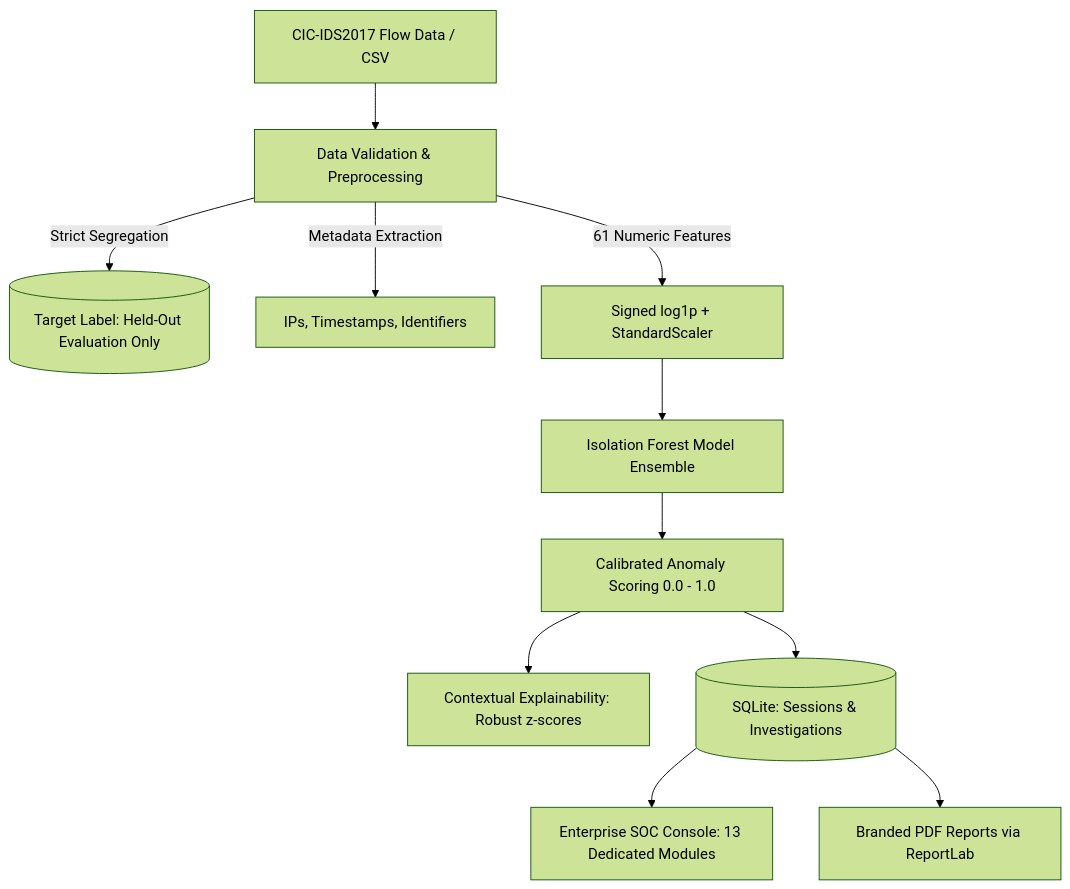
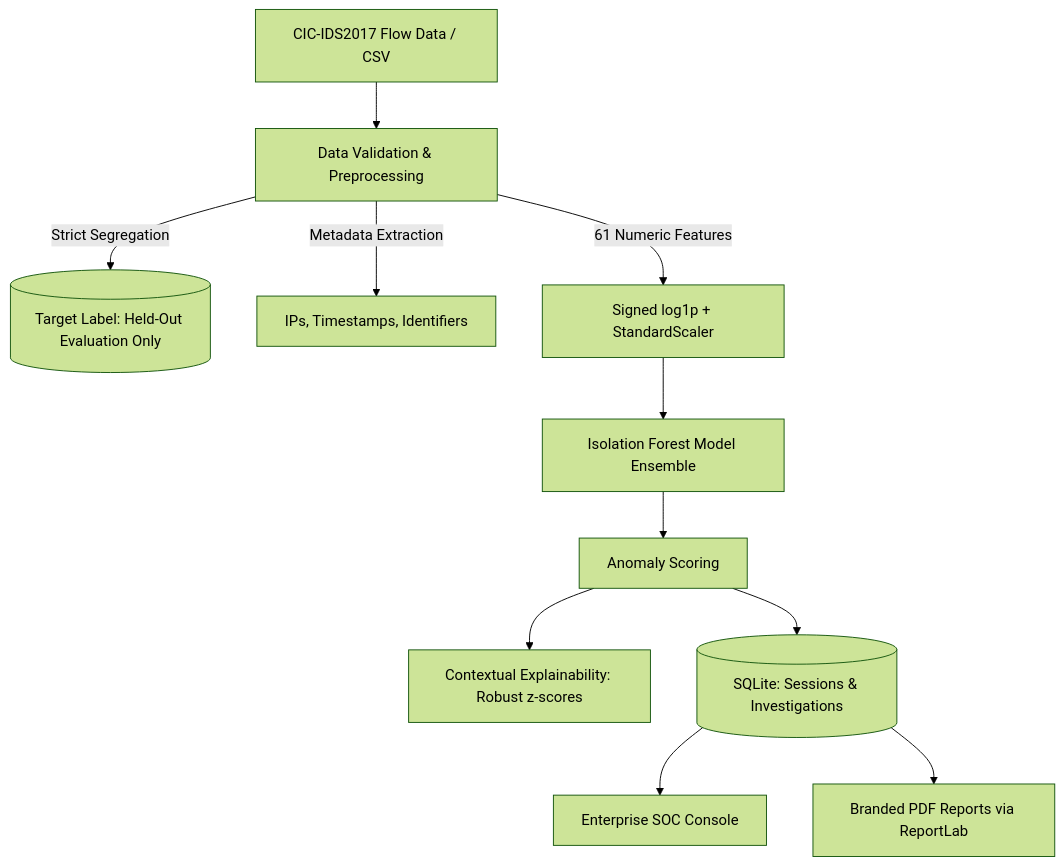
The diagram in README.md (vinu4545/cyber-anamoly), drawn with Mermaid (forest theme) before and after one commit. The commit also changed other lines of this file and 1 other file, not shown here.

````diff
--- a/README.md
+++ b/README.md
@@ -10,13 +24,13 @@
 ```mermaid
 graph TD
     A[CIC-IDS2017 Flow Data / CSV] --> B[Data Validation & Preprocessing]
     B -->|Strict Segregation| C[(Target Label: Held-Out Evaluation Only)]
     B -->|Metadata Extraction| D[IPs, Timestamps, Identifiers]
     B -->|61 Numeric Features| E[Signed log1p + StandardScaler]
     E --> F[Isolation Forest Model Ensemble]
-    F --> G[Calibrated Anomaly Scoring 0.0 - 1.0]
+    F --> G[Anomaly Scoring]
     G --> H[Contextual Explainability: Robust z-scores]
     G --> I[(SQLite: Sessions & Investigations)]
-    I --> J[Enterprise SOC Console: 13 Dedicated Modules]
+    I --> J[Enterprise SOC Console]
     I --> K[Branded PDF Reports via ReportLab]
 ```
````
